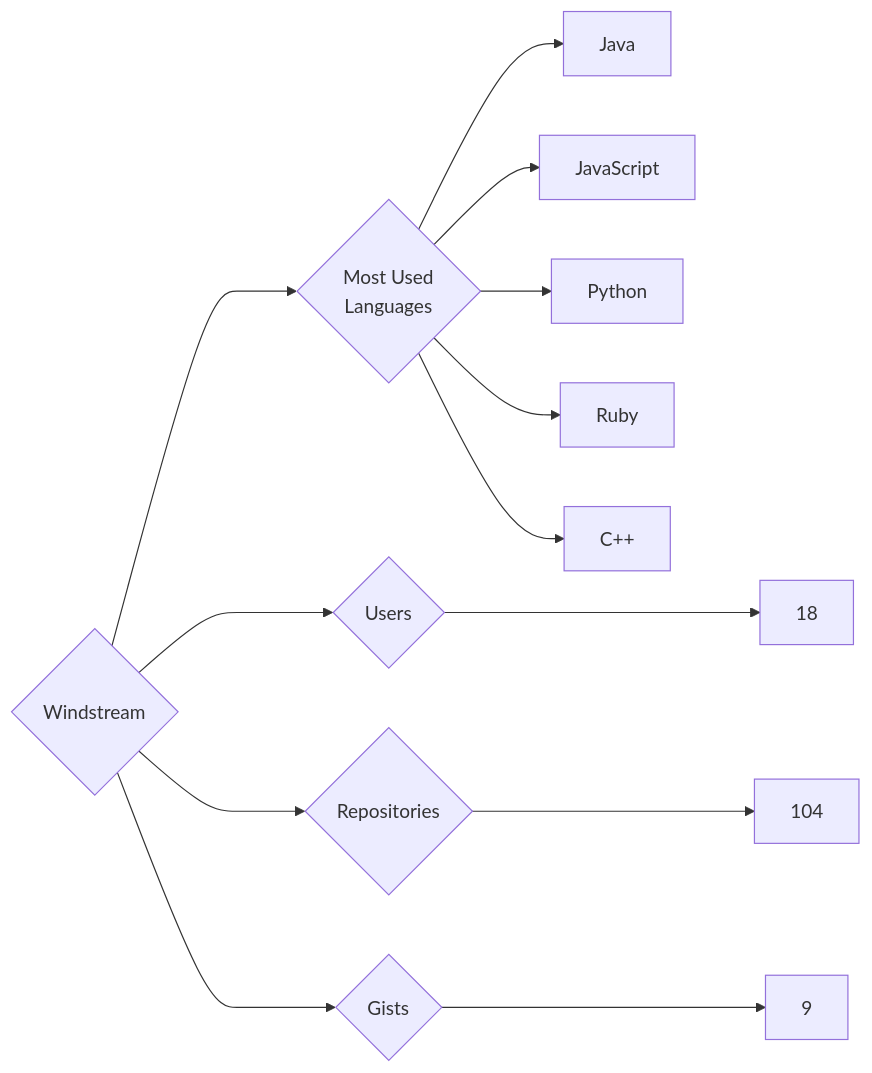
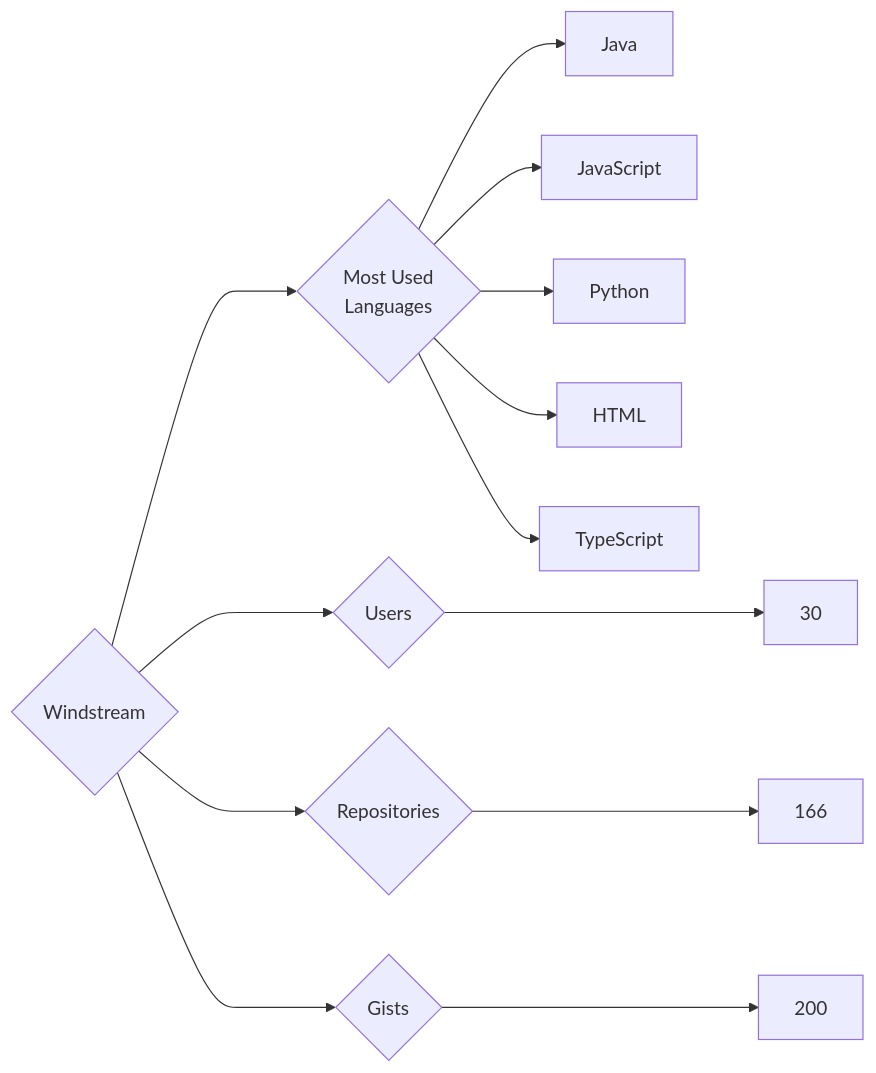
One commit to trickest/insiders changed the diagram in targets/Windstream/README.md. Above: the diagram before and after it, drawn with Mermaid. The commit also changed 787 other files, not shown here.

````diff
--- a/targets/Windstream/README.md
+++ b/targets/Windstream/README.md
@@ -3,13 +3,13 @@
 ```mermaid
 graph LR
 COMPANY_NAME{Windstream}
-COMPANY_NAME ---> U{Users} ---> UN[18]
-COMPANY_NAME ---> R{Repositories} ---> RN[104]
-COMPANY_NAME ---> G{Gists} ---> GN[9]
+COMPANY_NAME ---> U{Users} ---> UN[30]
+COMPANY_NAME ---> R{Repositories} ---> RN[166]
+COMPANY_NAME ---> G{Gists} ---> GN[200]
 COMPANY_NAME ---> ML{Most Used<br>Languages}
 ML --> Java[Java]
 ML --> JavaScript[JavaScript]
 ML --> Python[Python]
-ML --> Ruby[Ruby]
-ML --> C++[C++]
+ML --> HTML[HTML]
+ML --> TypeScript[TypeScript]
 ```
````
